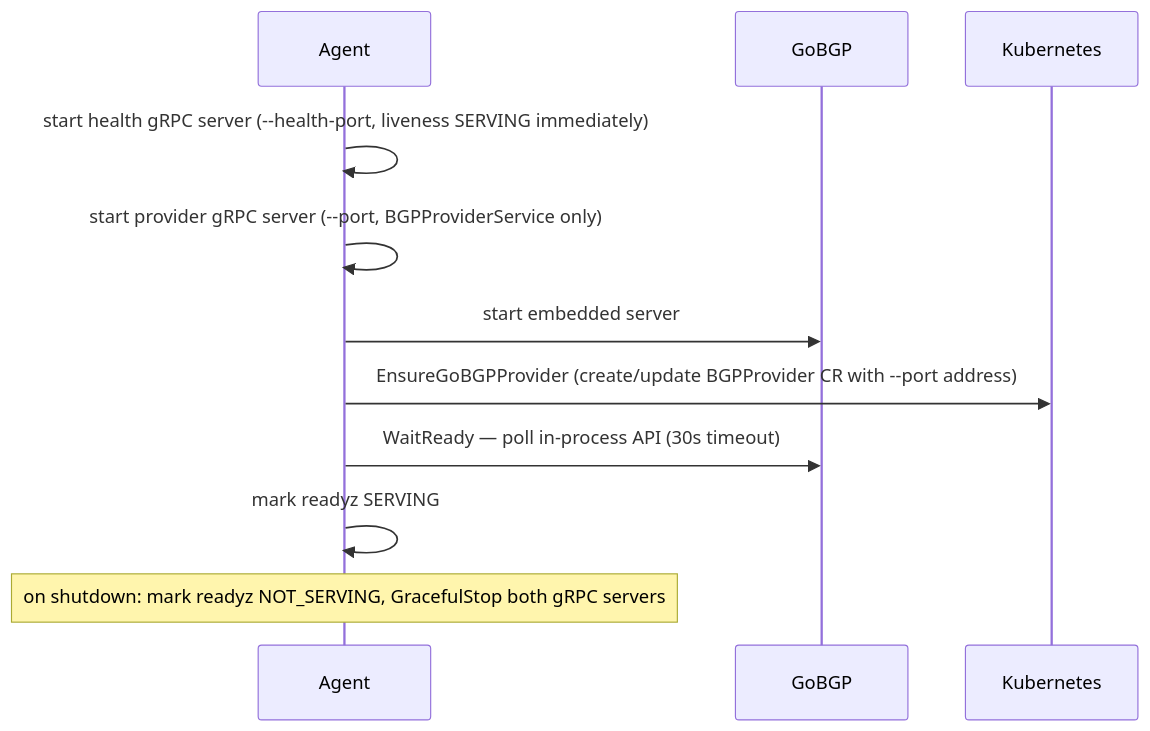
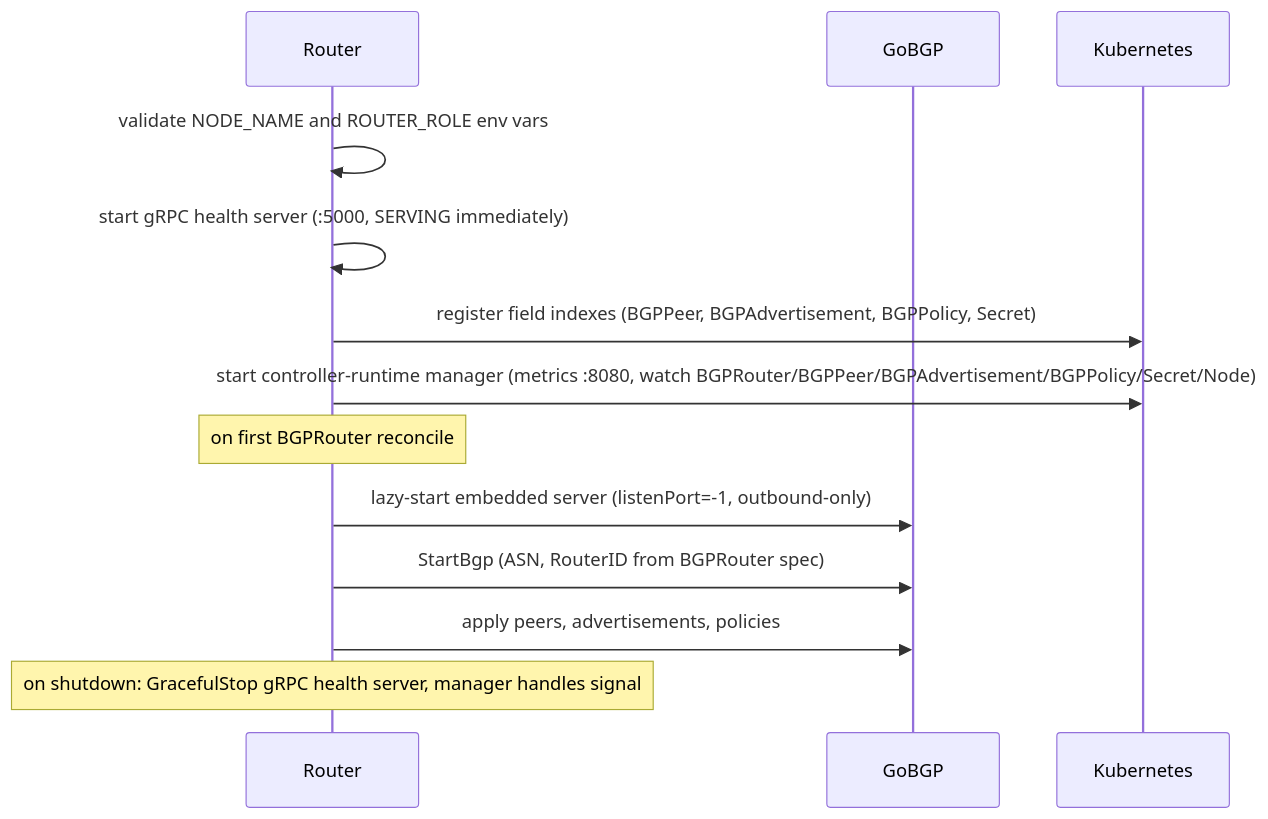
The diagram in docs/agent-startup.md (datum-cloud/galactic), drawn with Mermaid before and after one commit. The commit also changed other lines of this file and 15 other files, not shown here.

````diff
--- a/docs/agent-startup.md
+++ b/docs/agent-startup.md
@@ -3,14 +3,16 @@
 ```mermaid
 sequenceDiagram
-    participant Agent
+    participant Router
     participant GoBGP
     participant Kubernetes
 
-    Agent->>Agent: start health gRPC server (--health-port, liveness SERVING immediately)
-    Agent->>Agent: start provider gRPC server (--port, BGPProviderService only)
-    Agent->>GoBGP: start embedded server
-    Agent->>Kubernetes: EnsureGoBGPProvider (create/update BGPProvider CR with --port address)
-    Agent->>GoBGP: WaitReady — poll in-process API (30s timeout)
-    Agent->>Agent: mark readyz SERVING
-    Note over Agent: on shutdown: mark readyz NOT_SERVING, GracefulStop both gRPC servers
+    Router->>Router: validate NODE_NAME and ROUTER_ROLE env vars
+    Router->>Router: start gRPC health server (:5000, SERVING immediately)
+    Router->>Kubernetes: register field indexes (BGPPeer, BGPAdvertisement, BGPPolicy, Secret)
+    Router->>Kubernetes: start controller-runtime manager (metrics :8080, watch BGPRouter/BGPPeer/BGPAdvertisement/BGPPolicy/Secret/Node)
+    Note over Router: on first BGPRouter reconcile
+    Router->>GoBGP: lazy-start embedded server (listenPort=-1, outbound-only)
+    Router->>GoBGP: StartBgp (ASN, RouterID from BGPRouter spec)
+    Router->>GoBGP: apply peers, advertisements, policies
+    Note over Router: on shutdown: GracefulStop gRPC health server, manager handles signal
 ```
````
